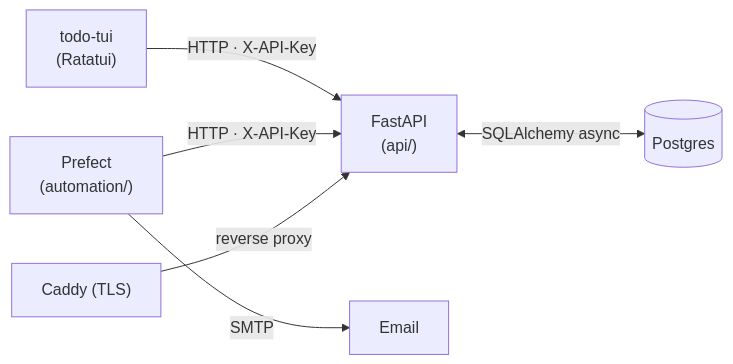
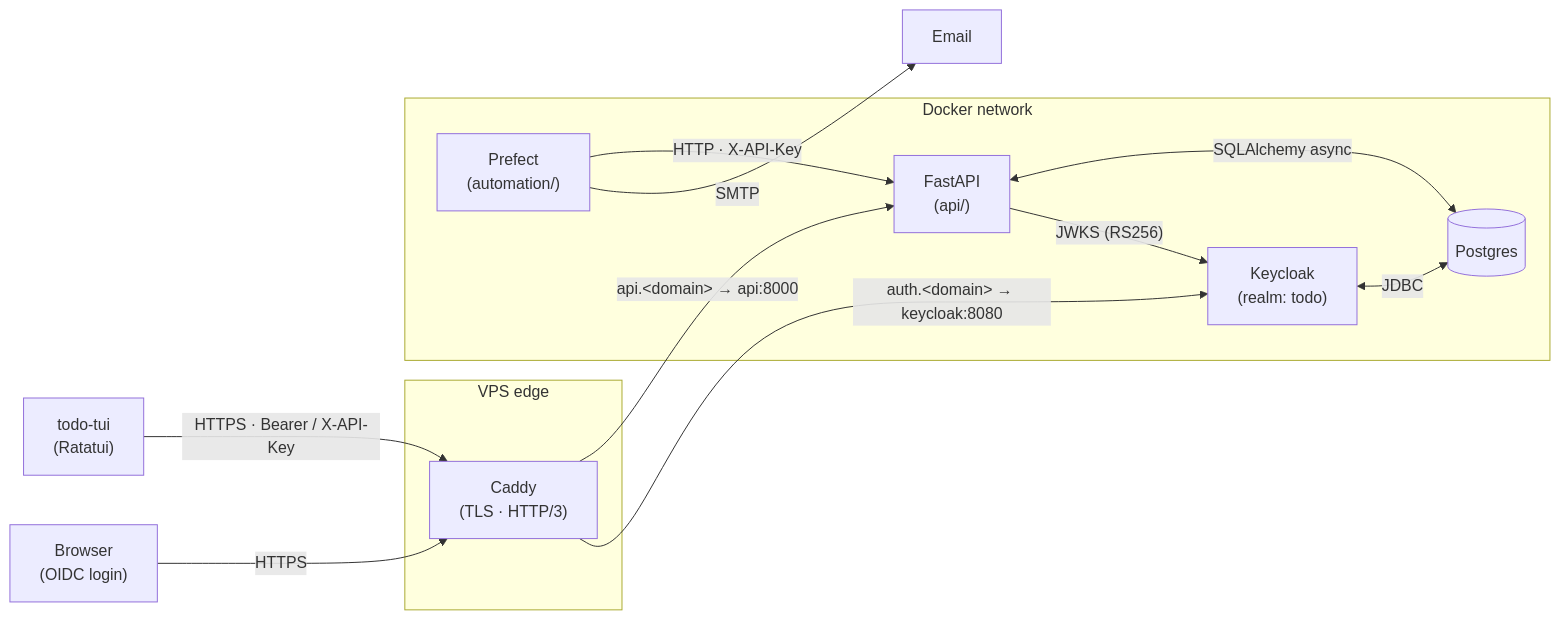
One commit to schemaitat/todo changed the diagram in README.md. Above: the diagram before and after it, drawn with Mermaid. The commit also changed other lines of this file, not shown here.

First line of the commit message:
docs(readme): document OIDC auth and Caddy edge routing

````diff
--- a/README.md
+++ b/README.md
@@ -19,8 +20,24 @@
 ```mermaid
 graph LR
-    TUI["todo-tui<br/>(Ratatui)"] -->|"HTTP · X-API-Key"| API["FastAPI<br/>(api/)"]
-    API <-->|"SQLAlchemy async"| PG[("Postgres")]
-    Automation["Prefect<br/>(automation/)"] -->|"HTTP · X-API-Key"| API
+    TUI["todo-tui<br/>(Ratatui)"] -->|"HTTPS · Bearer / X-API-Key"| Caddy
+    Browser["Browser<br/>(OIDC login)"] -->|HTTPS| Caddy
+
+    subgraph Edge["VPS edge"]
+        Caddy["Caddy<br/>(TLS · HTTP/3)"]
+    end
+
+    subgraph Internal["Docker network"]
+        API["FastAPI<br/>(api/)"]
+        KC["Keycloak<br/>(realm: todo)"]
+        PG[("Postgres")]
+        Automation["Prefect<br/>(automation/)"]
+    end
+
+    Caddy -->|"api.&lt;domain&gt; &rarr; api:8000"| API
+    Caddy -->|"auth.&lt;domain&gt; &rarr; keycloak:8080"| KC
+    API <-->|"SQLAlchemy async"| PG
+    KC <-->|JDBC| PG
+    API -->|"JWKS (RS256)"| KC
+    Automation -->|"HTTP · X-API-Key"| API
     Automation -->|SMTP| Mail["Email"]
-    Caddy["Caddy (TLS)"] -->|"reverse proxy"| API
 ```
````
